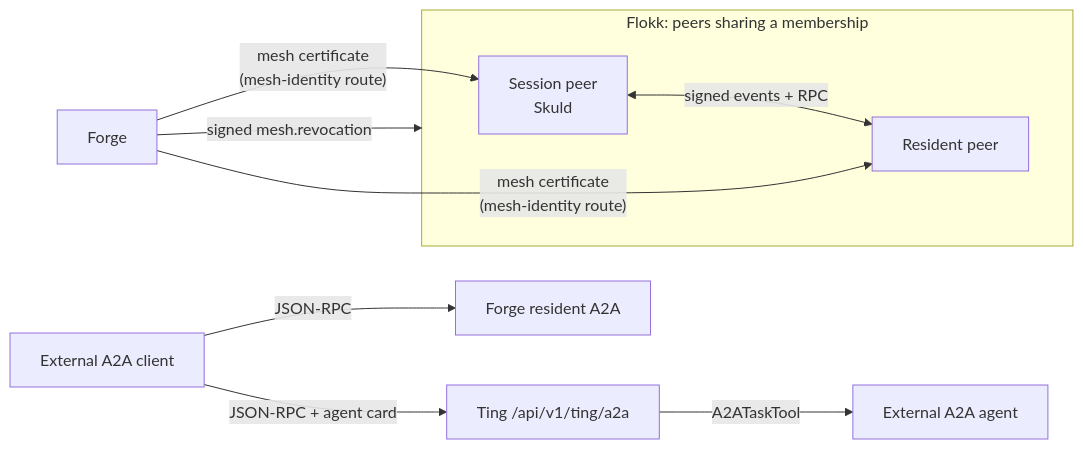
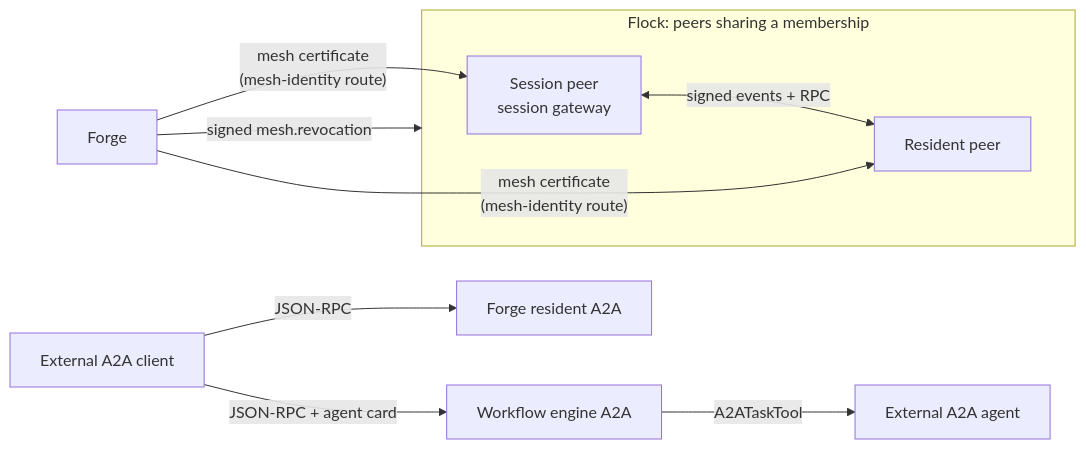
Before and after one commit to niuulabs/niuu: the diagram in docs/site/architecture/communication/mesh-and-a2a.md, drawn with Mermaid. The commit also changed other lines of this file and 65 other files, not shown here.

````diff
--- a/docs/site/architecture/communication/mesh-and-a2a.md
+++ b/docs/site/architecture/communication/mesh-and-a2a.md
@@ -21,11 +21,11 @@
 ```mermaid
 flowchart LR
-  subgraph Flokk["Flokk: peers sharing a membership"]
-    s1[Session peer<br/>Skuld] <-- "signed events + RPC" --> s2[Resident peer]
+  subgraph flock["Flock: peers sharing a membership"]
+    s1[Session peer<br/>session gateway] <-- "signed events + RPC" --> s2[Resident peer]
   end
   forge[Forge] -- "mesh certificate<br/>(mesh-identity route)" --> s1 & s2
-  forge -- "signed mesh.revocation" --> Flokk
-  ext[External A2A client] -- "JSON-RPC + agent card" --> ting[Ting /api/v1/ting/a2a]
+  forge -- "signed mesh.revocation" --> flock
+  ext[External A2A client] -- "JSON-RPC + agent card" --> wf[Workflow engine A2A]
   ext -- "JSON-RPC" --> res[Forge resident A2A]
-  ting -- "A2ATaskTool" --> other[External A2A agent]
+  wf -- "A2ATaskTool" --> other[External A2A agent]
 ```
````
